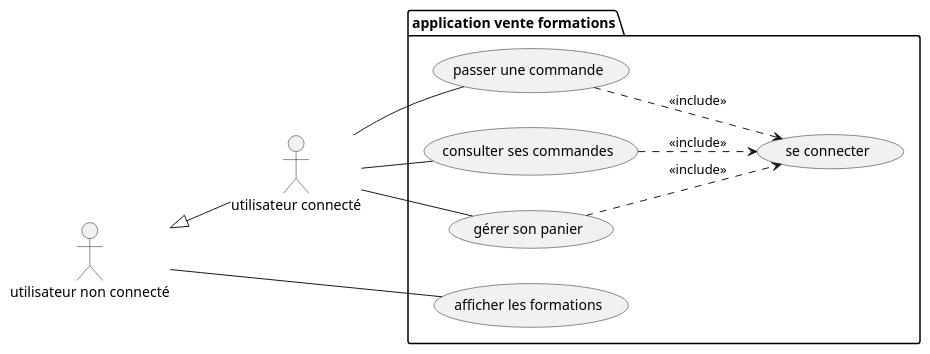
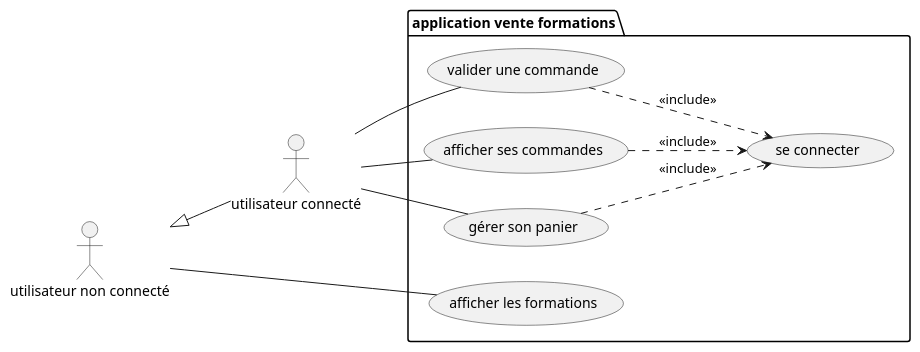
One commit to AmandineGrardLaurent/JavaEvaluationBusiness changed the diagram in docs/diagram_use_case.puml. Above: the diagram before and after it, drawn with PlantUML.

Commit message:
update docs/diagram_use_case.puml to reflect class diagram changes

```diff
--- a/docs/diagram_use_case.puml
+++ b/docs/diagram_use_case.puml
@@ -1,31 +1,31 @@
 @startuml vente formations
 
 left to right direction
 
 actor "utilisateur connecté" as USER_CONNECTED
 actor "utilisateur non connecté" as USER
 
 
 USER <|-- USER_CONNECTED
 
 
 package "application vente formations" {
-    usecase "passer une commande" as PLACE_ORDER
-    usecase "consulter ses commandes" as DISPLAY_ORDERS
+    usecase "valider une commande" as CONFIRM_ORDER
+    usecase "afficher ses commandes" as DISPLAY_ORDERS
     usecase "afficher les formations" as DISPLAY_COURSES
     usecase "gérer son panier" as MANAGE_CART
     usecase "se connecter" as CONNECT
 }
 
 
 USER -- DISPLAY_COURSES
 
-USER_CONNECTED -- PLACE_ORDER
+USER_CONNECTED -- CONFIRM_ORDER
 USER_CONNECTED -- DISPLAY_ORDERS
 USER_CONNECTED -- MANAGE_CART
 
 DISPLAY_ORDERS ..> CONNECT : <<include>>
-PLACE_ORDER ..> CONNECT : <<include>>
+CONFIRM_ORDER ..> CONNECT : <<include>>
 MANAGE_CART ..> CONNECT : <<include>>
 
 @enduml
```
